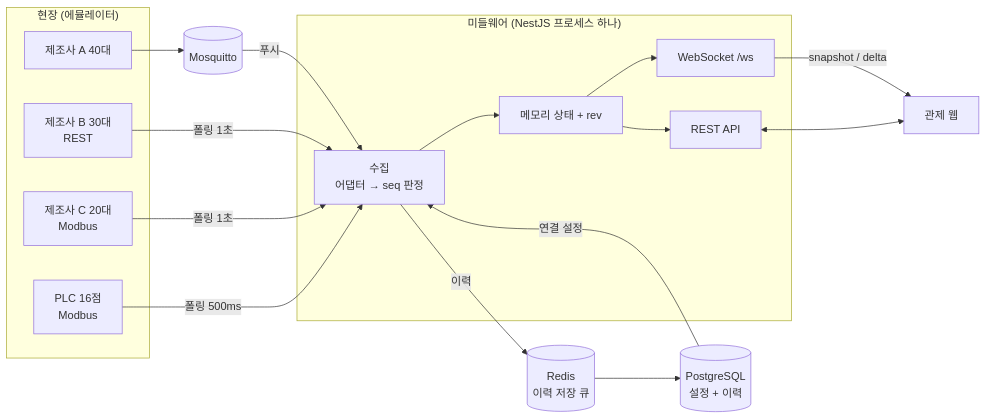
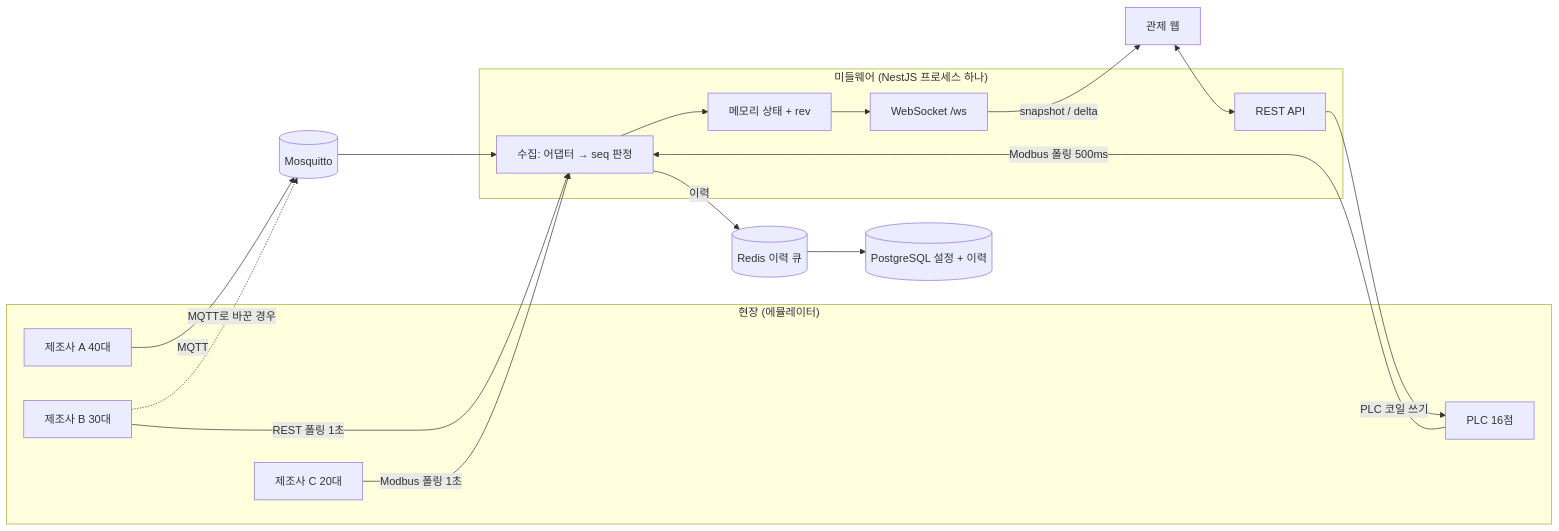
The first of 2 diagrams in docs/design.md (dksalsgus/agv-amr-control-middleware), drawn with Mermaid before and after one commit. The commit also changed other lines of this file and 1 other file, not shown here.

````diff
--- a/docs/design.md
+++ b/docs/design.md
@@ -79,27 +71,29 @@
 ```mermaid
 flowchart LR
   subgraph FIELD["현장 (에뮬레이터)"]
     A["제조사 A 40대"]
-    B["제조사 B 30대<br/>REST"]
-    C["제조사 C 20대<br/>Modbus"]
-    P["PLC 16점<br/>Modbus"]
+    B["제조사 B 30대"]
+    C["제조사 C 20대"]
+    P["PLC 16점"]
   end
   MQ[("Mosquitto")]
   subgraph MW["미들웨어 (NestJS 프로세스 하나)"]
-    ING["수집<br/>어댑터 → seq 판정"]
+    ING["수집: 어댑터 → seq 판정"]
     MEM["메모리 상태 + rev"]
     API["REST API"]
     WS["WebSocket /ws"]
   end
-  RQ[("Redis<br/>이력 저장 큐")]
-  DB[("PostgreSQL<br/>설정 + 이력")]
+  RQ[("Redis 이력 큐")]
+  DB[("PostgreSQL 설정 + 이력")]
   WEB["관제 웹"]
-  A --> MQ -- 푸시 --> ING
-  B -- 폴링 1초 --> ING
-  C -- 폴링 1초 --> ING
-  P -- 폴링 500ms --> ING
+  A -- MQTT --> MQ
+  B -. MQTT로 바꾼 경우 .-> MQ
+  MQ --> ING
+  B -- REST 폴링 1초 --> ING
+  C -- Modbus 폴링 1초 --> ING
+  P -- Modbus 폴링 500ms --> ING
   ING --> MEM --> WS -- "snapshot / delta" --> WEB
-  MEM --> API <--> WEB
+  WEB <--> API
+  API -- PLC 코일 쓰기 --> P
   ING -- 이력 --> RQ --> DB
-  DB -- 연결 설정 --> ING
 ```
````
